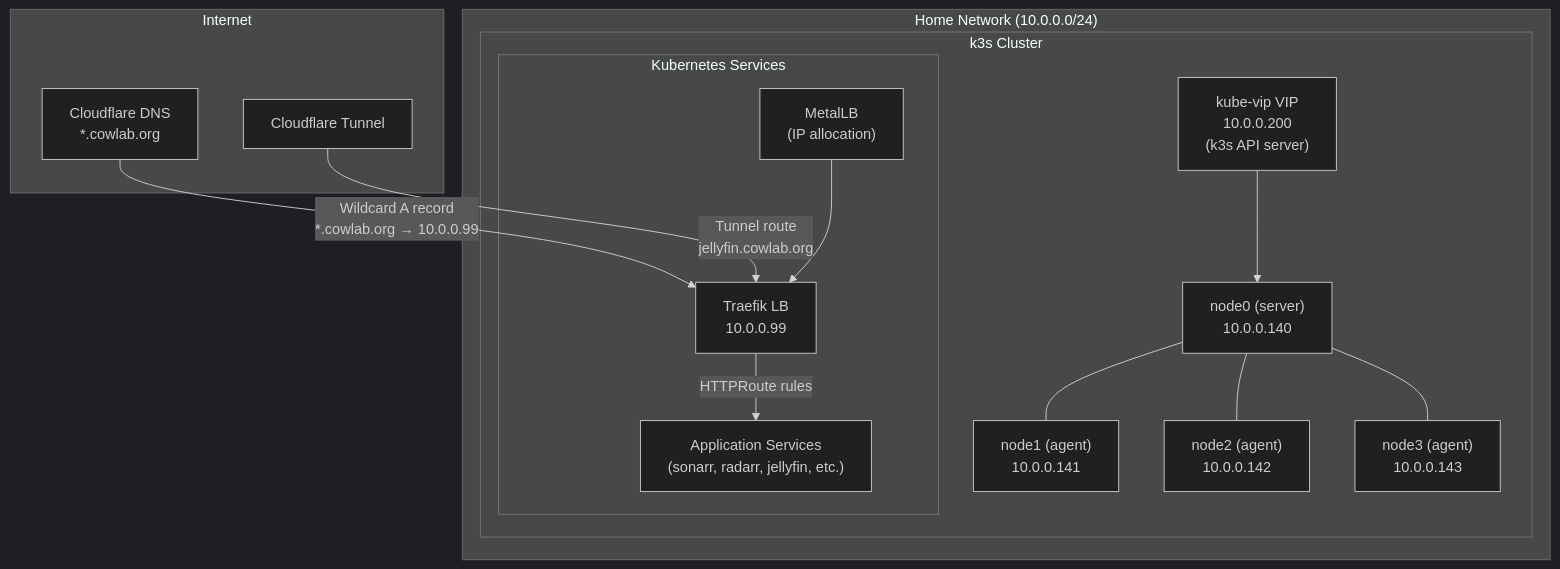
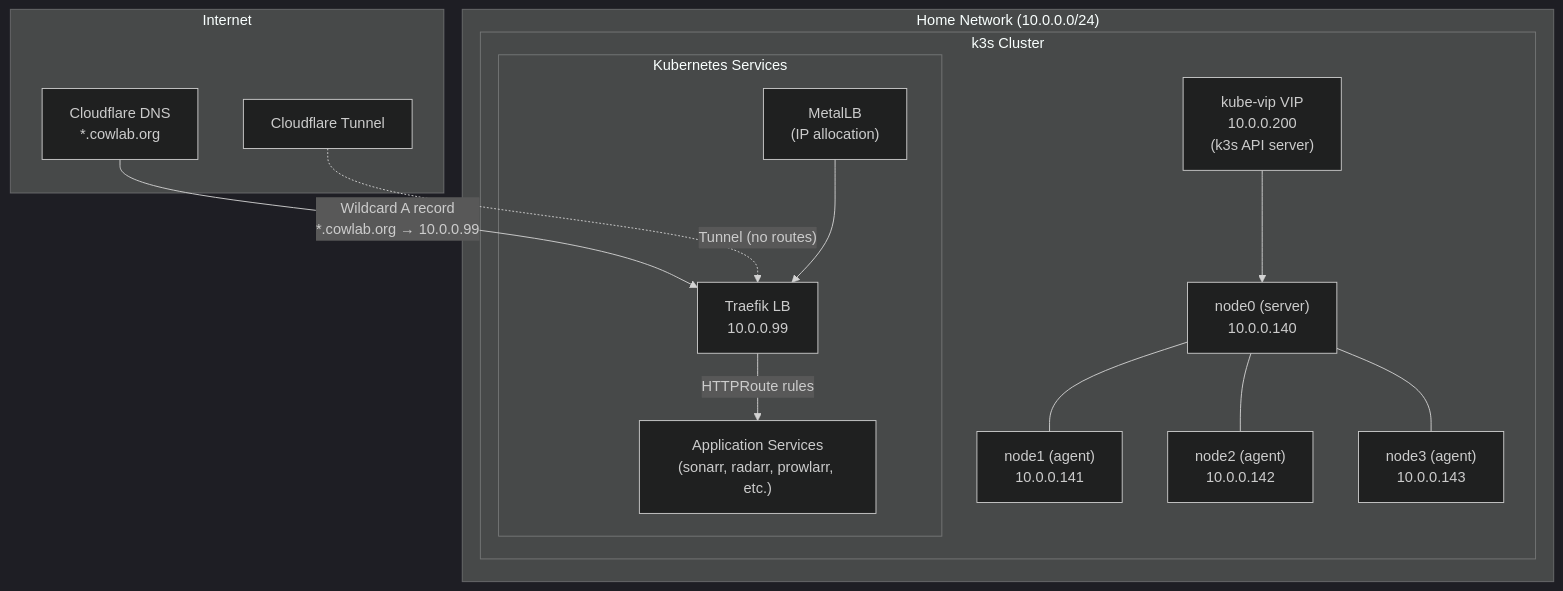
One commit to myles-coleman/homelab-cluster changed the diagram in docs/architecture/cluster-topology.md. Above: the diagram before and after it, drawn with Mermaid (dark theme). The commit also changed 4 other files, not shown here.

First line of the commit message:
docs: remove withdrawn tunnel route references

````diff
--- a/docs/architecture/cluster-topology.md
+++ b/docs/architecture/cluster-topology.md
@@ -24,33 +24,33 @@
 ```mermaid
 graph TB
     subgraph Internet
         CF[Cloudflare DNS<br/>*.cowlab.org]
         CFT[Cloudflare Tunnel]
     end
 
     subgraph "Home Network (10.0.0.0/24)"
         subgraph "k3s Cluster"
             VIP["kube-vip VIP<br/>10.0.0.200<br/>(k3s API server)"]
             
             N0["node0 (server)<br/>10.0.0.140"]
             N1["node1 (agent)<br/>10.0.0.141"]
             N2["node2 (agent)<br/>10.0.0.142"]
             N3["node3 (agent)<br/>10.0.0.143"]
             
             subgraph "Kubernetes Services"
                 MLB["MetalLB<br/>(IP allocation)"]
                 TFK["Traefik LB<br/>10.0.0.99"]
-                SVC["Application Services<br/>(sonarr, radarr, jellyfin, etc.)"]
+                SVC["Application Services<br/>(sonarr, radarr, prowlarr, etc.)"]
             end
         end
     end
 
     CF -->|"Wildcard A record<br/>*.cowlab.org → 10.0.0.99"| TFK
-    CFT -->|"Tunnel route<br/>jellyfin.cowlab.org"| TFK
+    CFT -.->|"Tunnel (no routes)"| TFK
     VIP --> N0
     N0 --- N1
     N0 --- N2
     N0 --- N3
     MLB --> TFK
     TFK -->|"HTTPRoute rules"| SVC
 ```
````
